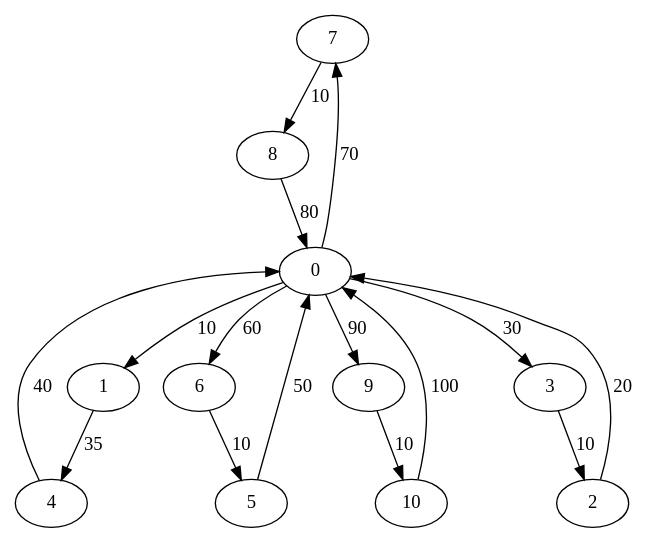
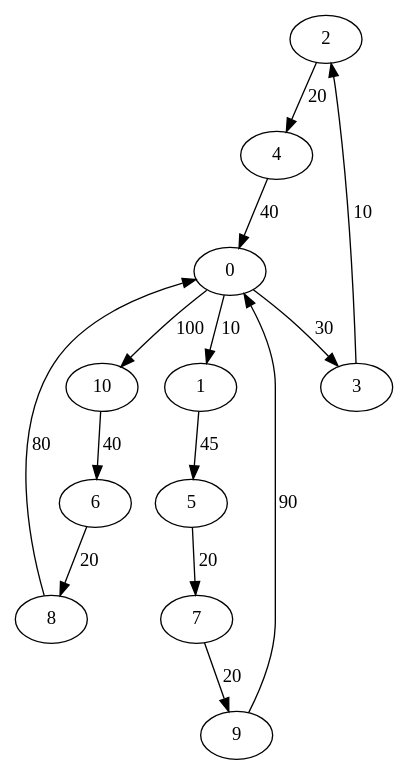
Before and after one commit to akosej/vehicle_routing: the diagram in grafos/iteration2.dot, drawn with Graphviz. The commit also changed 11 other files, not shown here.

```diff
--- a/grafos/iteration2.dot
+++ b/grafos/iteration2.dot
@@ -1,29 +1,27 @@
 digraph G {
-	7->8[ label=10 ];
+	2->4[ label=20 ];
+	9->0[ label=90 ];
+	0->10[ label=100 ];
+	0->3[ label=30 ];
+	0->1[ label=10 ];
+	10->6[ label=40 ];
+	6->8[ label=20 ];
+	3->2[ label=10 ];
+	7->9[ label=20 ];
 	8->0[ label=80 ];
-	1->4[ label=35 ];
 	4->0[ label=40 ];
-	0->9[ label=90 ];
-	0->6[ label=60 ];
-	0->3[ label=30 ];
-	0->7[ label=70 ];
-	0->1[ label=10 ];
-	6->5[ label=10 ];
-	5->0[ label=50 ];
-	2->0[ label=20 ];
-	10->0[ label=100 ];
-	3->2[ label=10 ];
-	9->10[ label=10 ];
+	1->5[ label=45 ];
+	5->7[ label=20 ];
 	0 [ label=0 ];
 	1 [ label=1 ];
 	10 [ label=10 ];
 	2 [ label=2 ];
 	3 [ label=3 ];
 	4 [ label=4 ];
 	5 [ label=5 ];
 	6 [ label=6 ];
 	7 [ label=7 ];
 	8 [ label=8 ];
 	9 [ label=9 ];
 
 }
```
